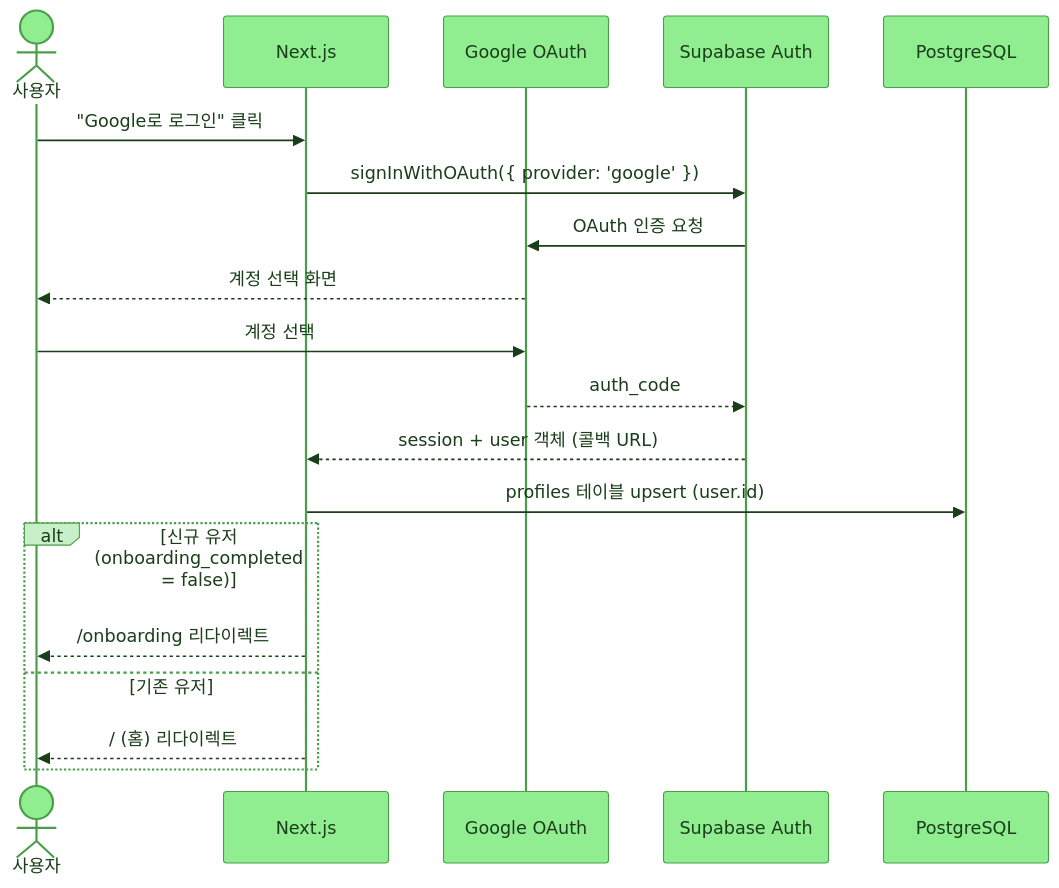
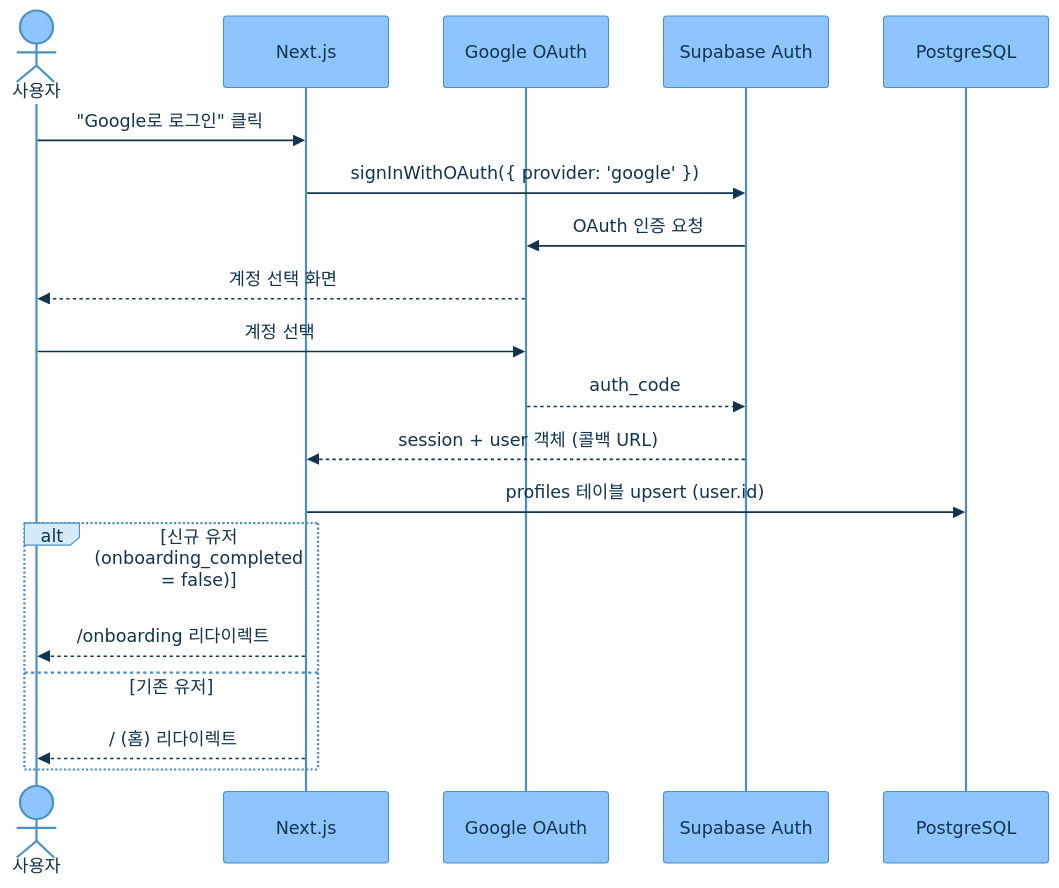
The third of 5 diagrams in README.md (young017/weather), drawn with Mermaid before and after one commit. The commit also changed other lines of this file, not shown here.

````diff
--- a/README.md
+++ b/README.md
@@ -98,23 +98,23 @@
 ```mermaid
-%%{init: {'theme': 'base', 'themeVariables': {'primaryColor': '#90EE90', 'primaryBorderColor': '#4a9e4a', 'primaryTextColor': '#1a3d1a', 'secondaryColor': '#c8f0c8', 'tertiaryColor': '#e6f9e6', 'lineColor': '#4a9e4a', 'actorBkg': '#90EE90', 'actorBorder': '#4a9e4a', 'actorTextColor': '#1a3d1a', 'activationBkgColor': '#c8f0c8', 'activationBorderColor': '#4a9e4a', 'loopTextColor': '#1a3d1a', 'noteBkgColor': '#e6f9e6', 'noteBorderColor': '#4a9e4a', 'noteTextColor': '#1a3d1a', 'labelBoxBkgColor': '#c8f0c8', 'labelBoxBorderColor': '#4a9e4a'}}}%%
+%%{init: {'theme': 'base', 'themeVariables': {'primaryColor': '#8EC5FC', 'primaryBorderColor': '#4A90C2', 'primaryTextColor': '#12344D', 'secondaryColor': '#D6EBFA', 'tertiaryColor': '#EEF6FD', 'lineColor': '#4A90C2', 'actorBkg': '#8EC5FC', 'actorBorder': '#4A90C2', 'actorTextColor': '#12344D', 'activationBkgColor': '#D6EBFA', 'activationBorderColor': '#4A90C2', 'loopTextColor': '#12344D', 'noteBkgColor': '#EEF6FD', 'noteBorderColor': '#4A90C2', 'noteTextColor': '#12344D', 'labelBoxBkgColor': '#D6EBFA', 'labelBoxBorderColor': '#4A90C2'}}}%%
 sequenceDiagram
     actor User as 사용자
     participant App as Next.js
     participant Google as Google OAuth
     participant SB as Supabase Auth
     participant DB as PostgreSQL
 
     User->>App: "Google로 로그인" 클릭
     App->>SB: signInWithOAuth({ provider: 'google' })
     SB->>Google: OAuth 인증 요청
     Google-->>User: 계정 선택 화면
     User->>Google: 계정 선택
     Google-->>SB: auth_code
     SB-->>App: session + user 객체 (콜백 URL)
     App->>DB: profiles 테이블 upsert (user.id)
     alt 신규 유저 (onboarding_completed = false)
         App-->>User: /onboarding 리다이렉트
     else 기존 유저
         App-->>User: / (홈) 리다이렉트
     end
 ```
````
